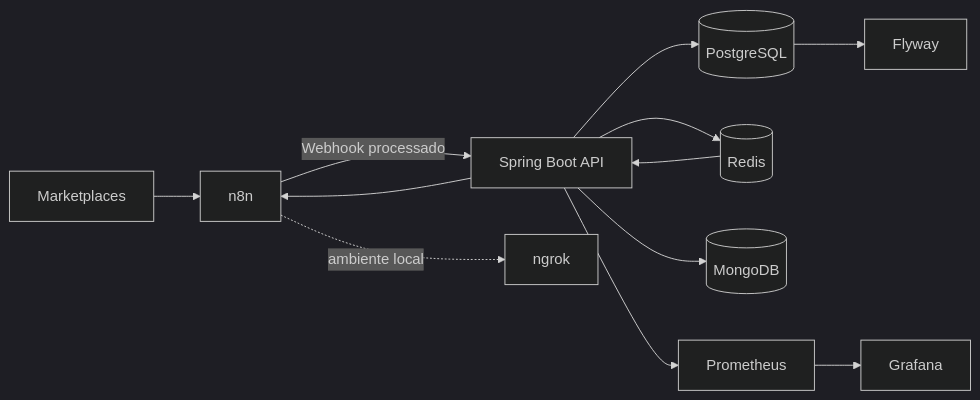
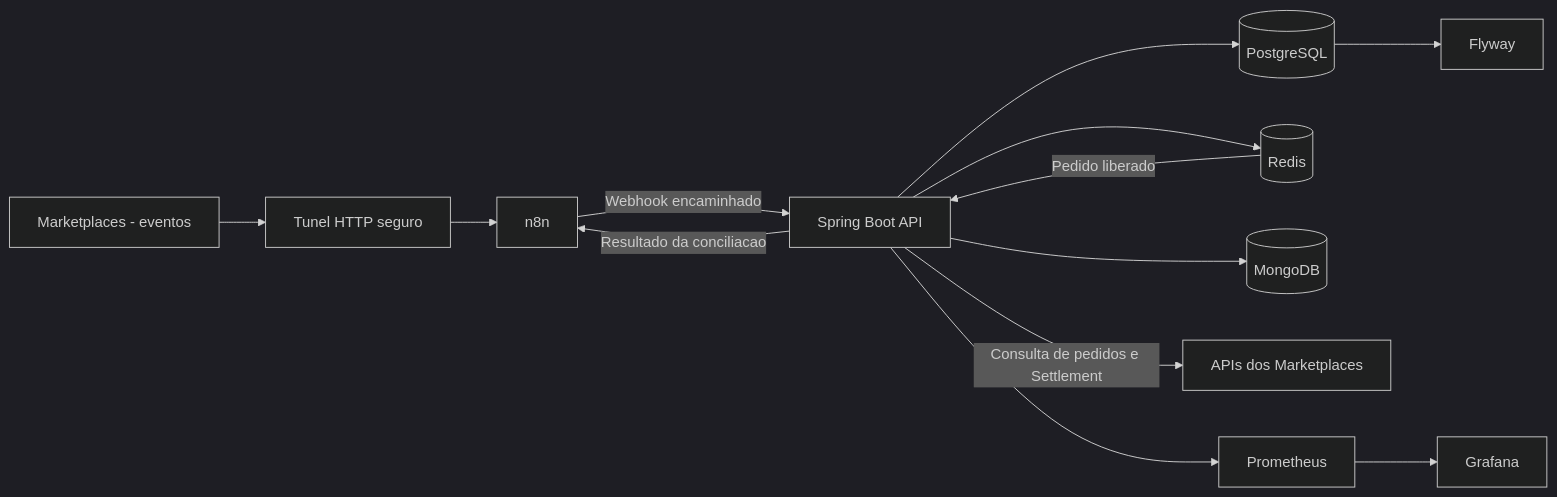
The first of 2 diagrams in README.md (ImViniciusOliveira/order-integration-api), drawn with Mermaid (dark theme) before and after one commit. The commit also changed other lines of this file and 1 other file, not shown here.

````diff
--- a/README.md
+++ b/README.md
@@ -37,14 +35,15 @@
 ```mermaid
 flowchart LR
-    M[Marketplaces] --> N[n8n]
-    N -->|Webhook processado| A[Spring Boot API]
+    MI[Marketplaces - eventos] --> T[Tunel HTTP seguro]
+    T --> N[n8n]
+    N -->|Webhook encaminhado| A[Spring Boot API]
     A --> P[(PostgreSQL)]
     A --> R[(Redis)]
     A --> MG[(MongoDB)]
-    R --> A
-    A --> N
+    R -->|Pedido liberado| A
+    A -->|Consulta de pedidos e Settlement| MO[APIs dos Marketplaces]
+    A -->|Resultado da conciliacao| N
     P --> F[Flyway]
     A --> PR[Prometheus]
     PR --> G[Grafana]
-    N -. ambiente local .-> NG[ngrok]
 ```
````
